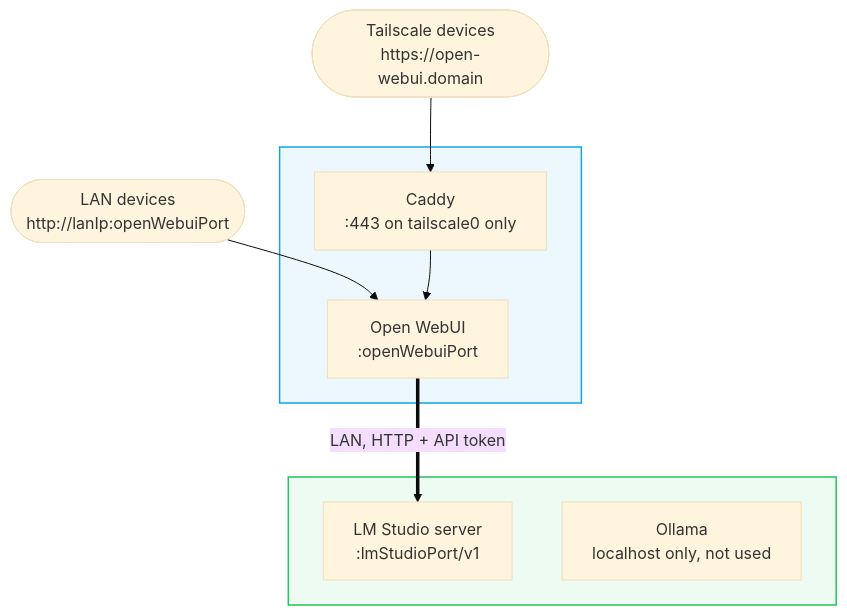
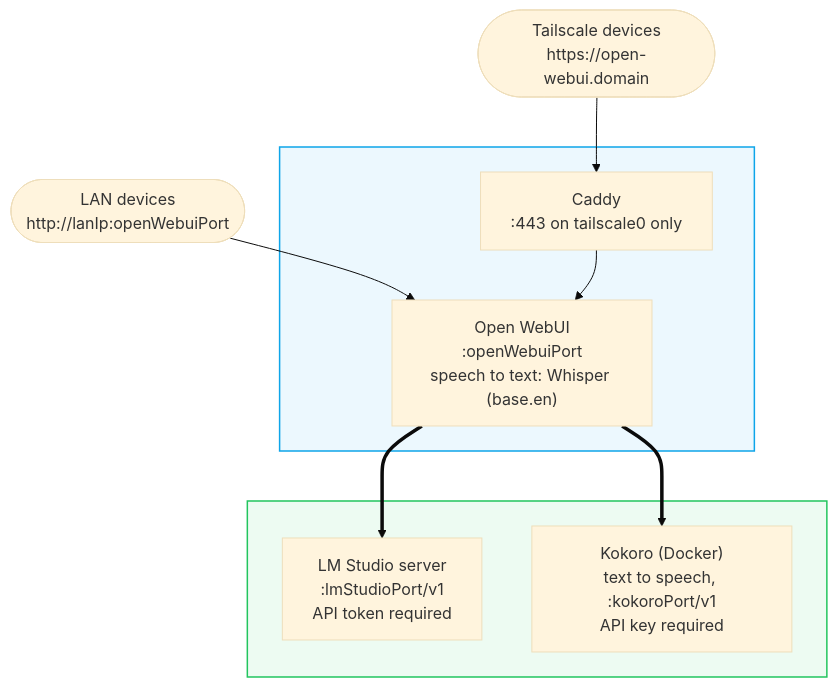
Before and after one commit to joehall02/Homelab: the diagram in docs/ai.md, drawn with Mermaid (base theme). The commit also changed other lines of this file and 6 other files, not shown here.

Commit message:
Open WebUI code tooling, Whisper & Kokoro implementation

````diff
--- a/docs/ai.md
+++ b/docs/ai.md
@@ -17,29 +17,30 @@
 ```mermaid
 ---
 config:
   layout: dagre
   look: classic
 ---
 flowchart TD
     LAN(["LAN devices<br/>http://lanIp:openWebuiPort"])
     TS(["Tailscale devices<br/>https://open-webui.domain"])
 
     subgraph homelab[" "]
         Caddy["Caddy<br/>:443 on tailscale0 only"]
-        OWUI["Open WebUI<br/>:openWebuiPort"]
+        OWUI["Open WebUI<br/>:openWebuiPort<br/>speech to text: Whisper (base.en)"]
     end
 
     subgraph mac[" "]
-        LMS["LM Studio server<br/>:lmStudioPort/v1"]
-        Ollama["Ollama<br/>localhost only, not used"]
+        LMS["LM Studio server<br/>:lmStudioPort/v1<br/>API token required"]
+        Kokoro["Kokoro (Docker)<br/>text to speech, :kokoroPort/v1<br/>API key required"]
     end
 
     %% Labels sit in the nodes, not on the edges, so no label lands on a line
     LAN --> OWUI
     TS --> Caddy
     Caddy --> OWUI
-    OWUI ==>|"LAN, HTTP + API token"| LMS
+    OWUI ==> LMS
+    OWUI ==> Kokoro
 
     style homelab fill:#0ea5e914,stroke:#0ea5e9,stroke-width:1.5px
     style mac fill:#22c55e14,stroke:#22c55e,stroke-width:1.5px
 ```
````
